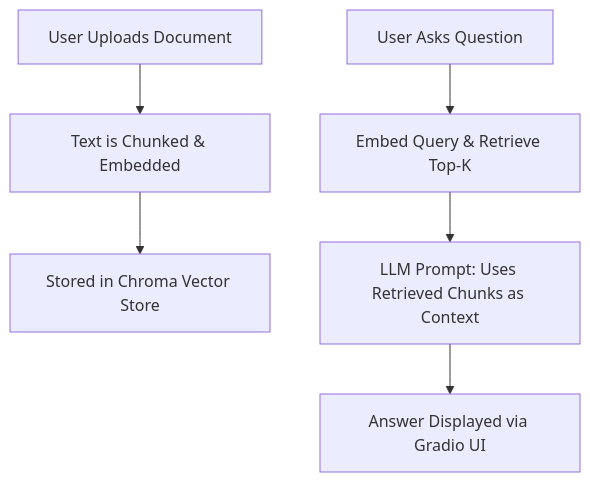
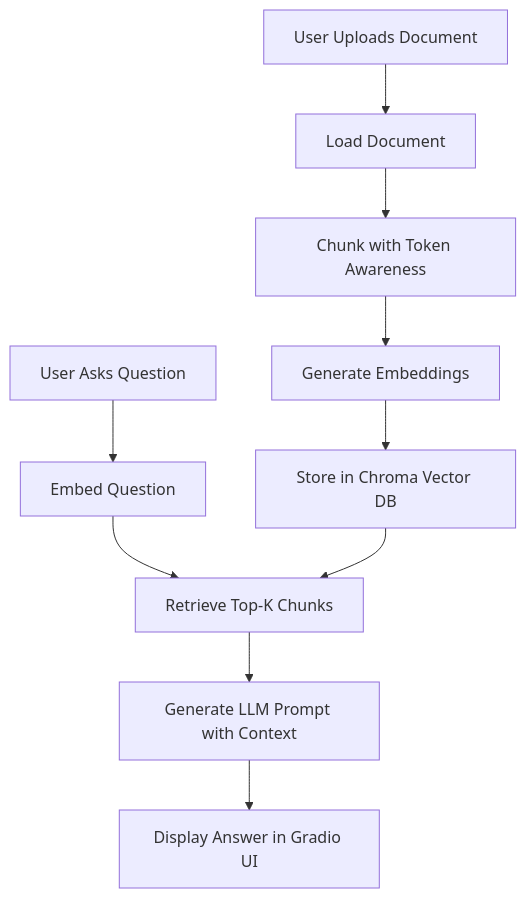
One commit to anandan-bs/ollama-rag-engine changed the diagram in README.md. Above: the diagram before and after it, drawn with Mermaid.

````diff
--- a/README.md
+++ b/README.md
@@ -101,8 +101,17 @@
 ```mermaid
 flowchart TD
-    A[User Uploads Document] --> B[Text is Chunked & Embedded]
-    B --> C[Stored in Chroma Vector Store]
-    D[User Asks Question] --> E[Embed Query & Retrieve Top-K]
-    E --> F[LLM Prompt: Uses Retrieved Chunks as Context]
-    F --> G[Answer Displayed via Gradio UI]
+    %% Document Processing Pipeline
+    A[User Uploads Document] --> B[Load Document]
+    B --> C[Chunk with Token Awareness]
+    C --> D[Generate Embeddings]
+    D --> E[Store in Chroma Vector DB]
+    
+    %% Query Processing Pipeline
+    F[User Asks Question] --> G[Embed Question]
+    G --> H[Retrieve Top-K Chunks]
+    H --> I[Generate LLM Prompt with Context]
+    I --> J[Display Answer in Gradio UI]
+    
+    %% Connections between pipelines
+    E --> H
 ```
````
